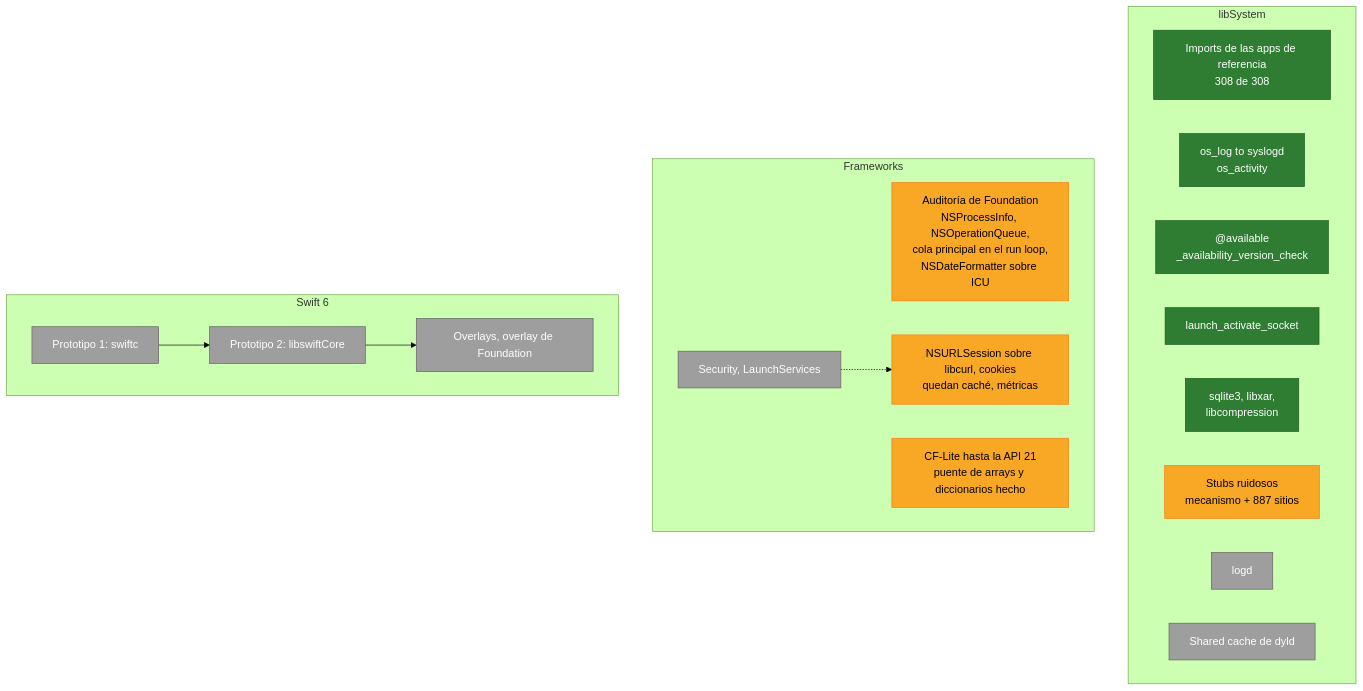
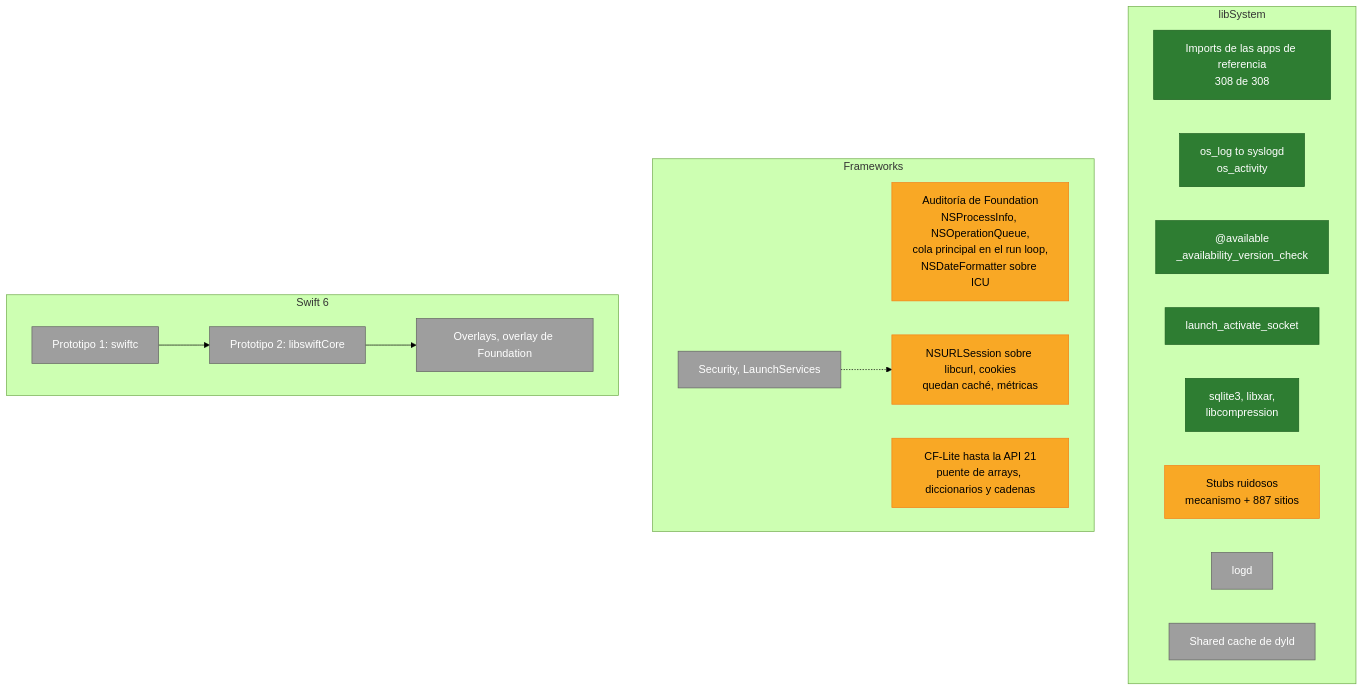
The second of 4 diagrams in Docs/Progress.es.md (minkaros/minkar), drawn with Mermaid (forest theme) before and after one commit. The commit also changed 3 other files, not shown here.

````diff
--- a/Docs/Progress.es.md
+++ b/Docs/Progress.es.md
@@ -37,30 +37,30 @@
 ```mermaid
 flowchart TB
     subgraph LS["libSystem"]
         L1["Imports de las apps de referencia<br/>308 de 308"]:::done
         L2["os_log to syslogd<br/>os_activity"]:::done
         L3["@available<br/>_availability_version_check"]:::done
         L4["launch_activate_socket"]:::done
         L8["sqlite3, libxar,<br/>libcompression"]:::done
         L5["Stubs ruidosos<br/>mecanismo + 887 sitios"]:::partial
         L6["logd"]:::todo
         L7["Shared cache de dyld"]:::todo
     end
     subgraph FW["Frameworks"]
         F1["Auditoría de Foundation<br/>NSProcessInfo, NSOperationQueue,<br/>cola principal en el run loop,<br/>NSDateFormatter sobre ICU"]:::partial
         F2["NSURLSession sobre libcurl, cookies<br/>quedan caché, métricas"]:::partial
-        F3["CF-Lite hasta la API 21<br/>puente de arrays y diccionarios hecho"]:::partial
+        F3["CF-Lite hasta la API 21<br/>puente de arrays, diccionarios y cadenas"]:::partial
         F4["Security, LaunchServices"]:::todo
     end
     subgraph SW["Swift 6"]
         S1["Prototipo 1: swiftc"]:::todo
         S2["Prototipo 2: libswiftCore"]:::todo
         S3["Overlays, overlay de Foundation"]:::todo
     end
     S1 --> S2 --> S3
     F4 -.-> F2
 
     classDef done fill:#2e7d32,stroke:#1b5e20,color:#fff
     classDef partial fill:#f9a825,stroke:#f57f17,color:#000
     classDef todo fill:#9e9e9e,stroke:#616161,color:#fff
 ```
````
